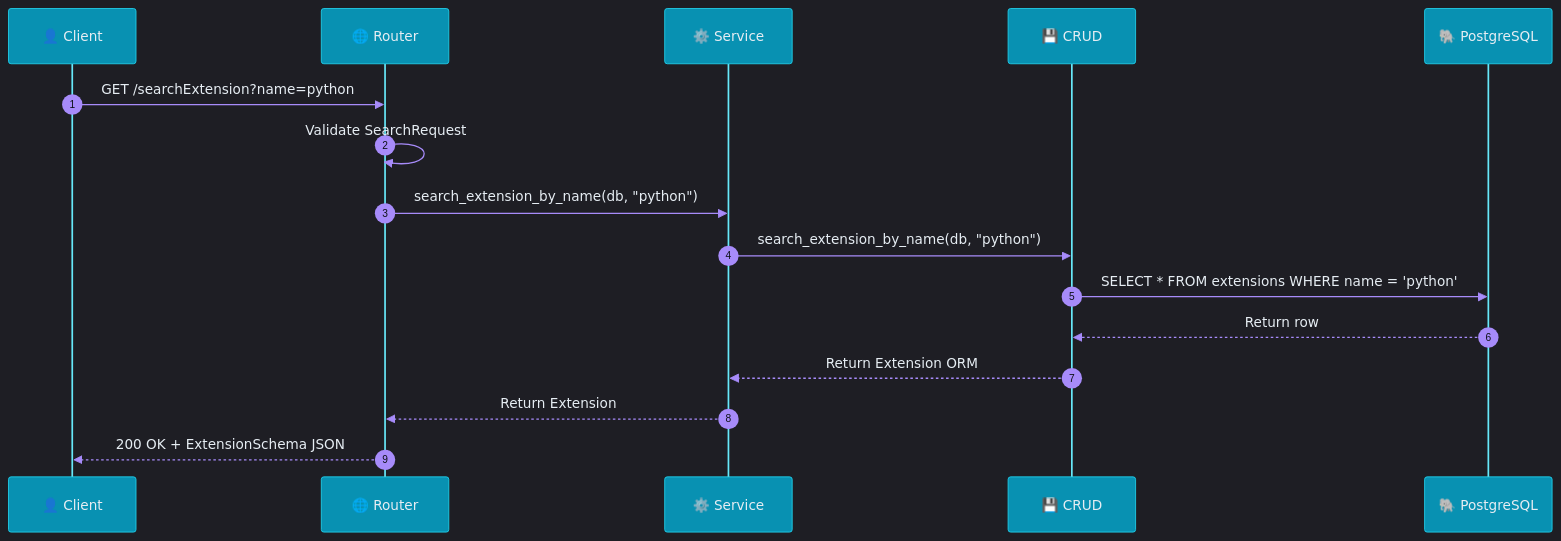
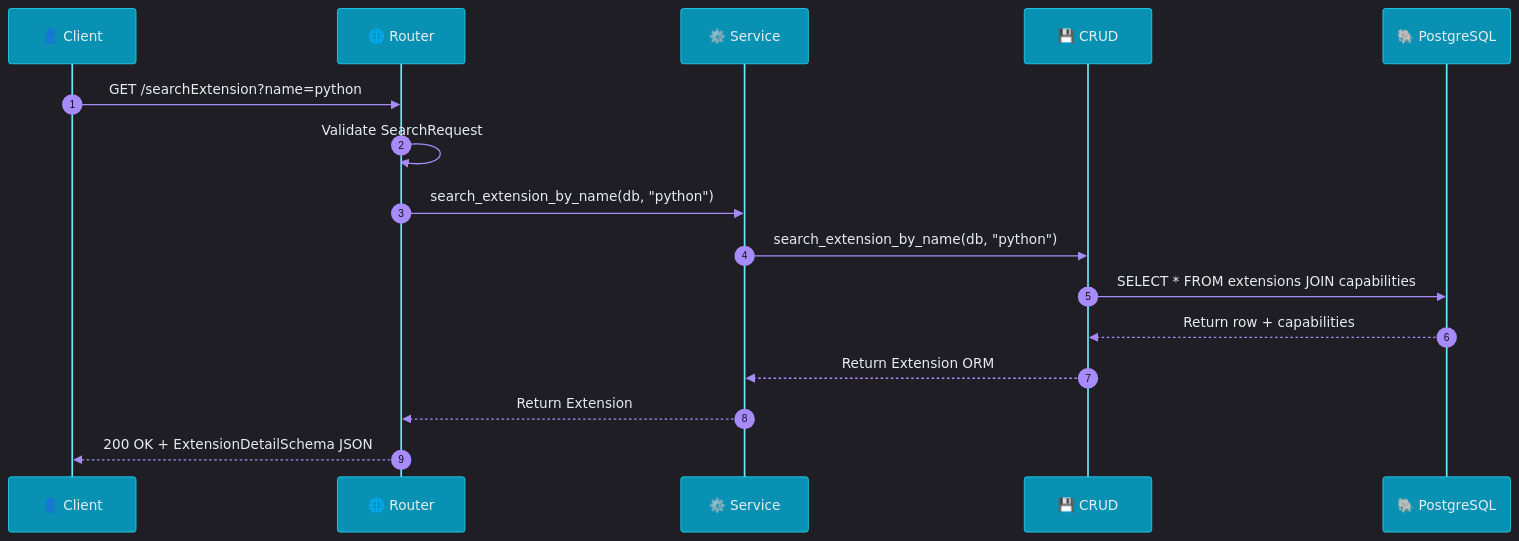
The sixth of 14 diagrams in documents/ARCHITECTURE.md (Ekremunalytu/automation_enviroment), drawn with Mermaid before and after one commit. The commit also changed other lines of this file and 13 other files, not shown here.

````diff
--- a/documents/ARCHITECTURE.md
+++ b/documents/ARCHITECTURE.md
@@ -344,22 +347,22 @@
 ```mermaid
 %%{init: {'theme': 'dark', 'themeVariables': { 'background': '#0d1117', 'primaryColor': '#06b6d4', 'primaryTextColor': '#e6edf3', 'actorTextColor': '#e6edf3', 'actorBkg': '#0891b2', 'actorBorder': '#22d3ee', 'actorLineColor': '#67e8f9', 'signalColor': '#a78bfa', 'signalTextColor': '#e6edf3', 'sequenceNumberColor': '#0d1117', 'noteBkgColor': '#0d9488', 'noteTextColor': '#e6edf3', 'noteBorderColor': '#2dd4bf', 'activationBkgColor': '#0284c7', 'activationBorderColor': '#38bdf8', 'labelBoxBkgColor': '#161b22'}}}%%
 sequenceDiagram
     autonumber
     participant C as 👤 Client
     participant R as 🌐 Router
     participant S as ⚙️ Service
     participant CR as 💾 CRUD
     participant DB as 🐘 PostgreSQL
 
     C->>R: GET /searchExtension?name=python
     R->>R: Validate SearchRequest
     R->>S: search_extension_by_name(db, "python")
 
     S->>CR: search_extension_by_name(db, "python")
-    CR->>DB: SELECT * FROM extensions WHERE name = 'python'
-    DB-->>CR: Return row
+    CR->>DB: SELECT * FROM extensions JOIN capabilities
+    DB-->>CR: Return row + capabilities
     CR-->>S: Return Extension ORM
 
     S-->>R: Return Extension
-    R-->>C: 200 OK + ExtensionSchema JSON
+    R-->>C: 200 OK + ExtensionDetailSchema JSON
 ```
````
